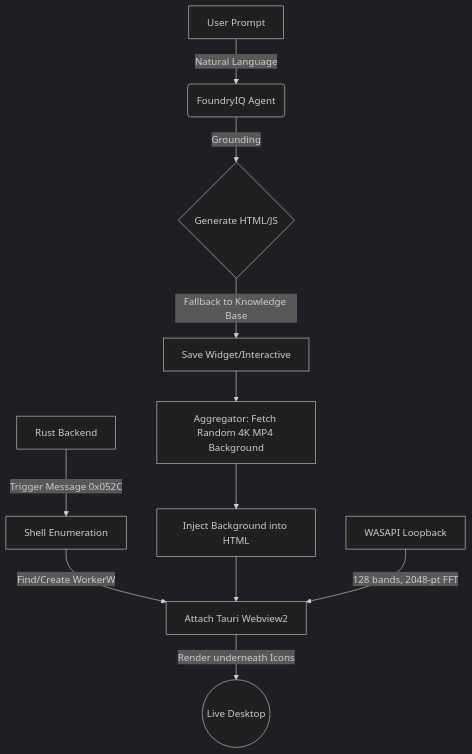
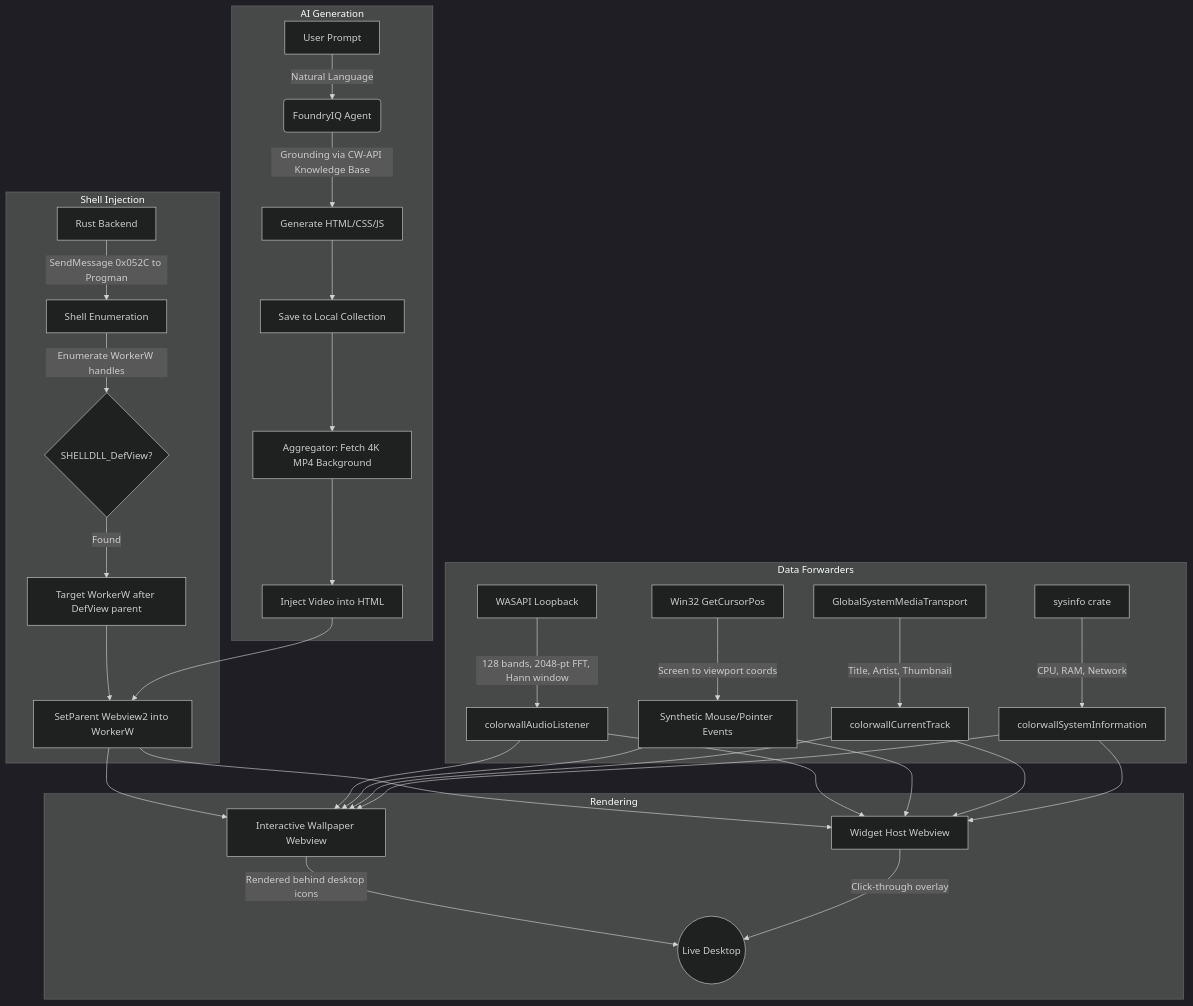
One commit to LaxentaInc/Microsoft-Agents-League-hackathon changed the diagram in README.MD. Above: the diagram before and after it, drawn with Mermaid (dark theme). The commit also changed other lines of this file, not shown here.

Commit message:
fixing the structure more properly

````diff
--- a/README.MD
+++ b/README.MD
@@ -55,15 +53,40 @@
 ```mermaid
 graph TD
-    A[User Prompt] -->|Natural Language| B(FoundryIQ Agent)
-    B -->|Grounding| C{Generate HTML/JS}
-    C -->|Fallback to Knowledge Base| D[Save Widget/Interactive]
-    D --> E[Aggregator: Fetch Random 4K MP4 Background]
-    E --> F[Inject Background into HTML]
+    subgraph AI Generation
+        A[User Prompt] -->|Natural Language| B(FoundryIQ Agent)
+        B -->|Grounding via CW-API Knowledge Base| C[Generate HTML/CSS/JS]
+        C --> D[Save to Local Collection]
+        D --> E[Aggregator: Fetch 4K MP4 Background]
+        E --> F[Inject Video into HTML]
+    end
 
-    G[Rust Backend] -->|Trigger Message 0x052C| H[Shell Enumeration]
-    H -->|Find/Create WorkerW| I[Attach Tauri Webview2]
-    F --> I
+    subgraph Shell Injection
+        G[Rust Backend] -->|SendMessage 0x052C to Progman| H[Shell Enumeration]
+        H -->|Enumerate WorkerW handles| I{SHELLDLL_DefView?}
+        I -->|Found| J[Target WorkerW after DefView parent]
+        J --> K[SetParent Webview2 into WorkerW]
+    end
 
-    J[WASAPI Loopback] -->|128 bands, 2048-pt FFT| I
-    I -->|Render underneath Icons| K((Live Desktop))
+    subgraph Data Forwarders
+        L[WASAPI Loopback] -->|128 bands, 2048-pt FFT, Hann window| M[colorwallAudioListener]
+        N[Win32 GetCursorPos] -->|Screen to viewport coords| O[Synthetic Mouse/Pointer Events]
+        P[GlobalSystemMediaTransport] -->|Title, Artist, Thumbnail| Q[colorwallCurrentTrack]
+        R[sysinfo crate] -->|CPU, RAM, Network| S[colorwallSystemInformation]
+    end
+
+    subgraph Rendering
+        F --> K
+        K --> T[Interactive Wallpaper Webview]
+        K --> U[Widget Host Webview]
+        M --> T
+        M --> U
+        O --> T
+        O --> U
+        Q --> T
+        Q --> U
+        S --> T
+        S --> U
+        T -->|Rendered behind desktop icons| V((Live Desktop))
+        U -->|Click-through overlay| V
+    end
 ```
````
